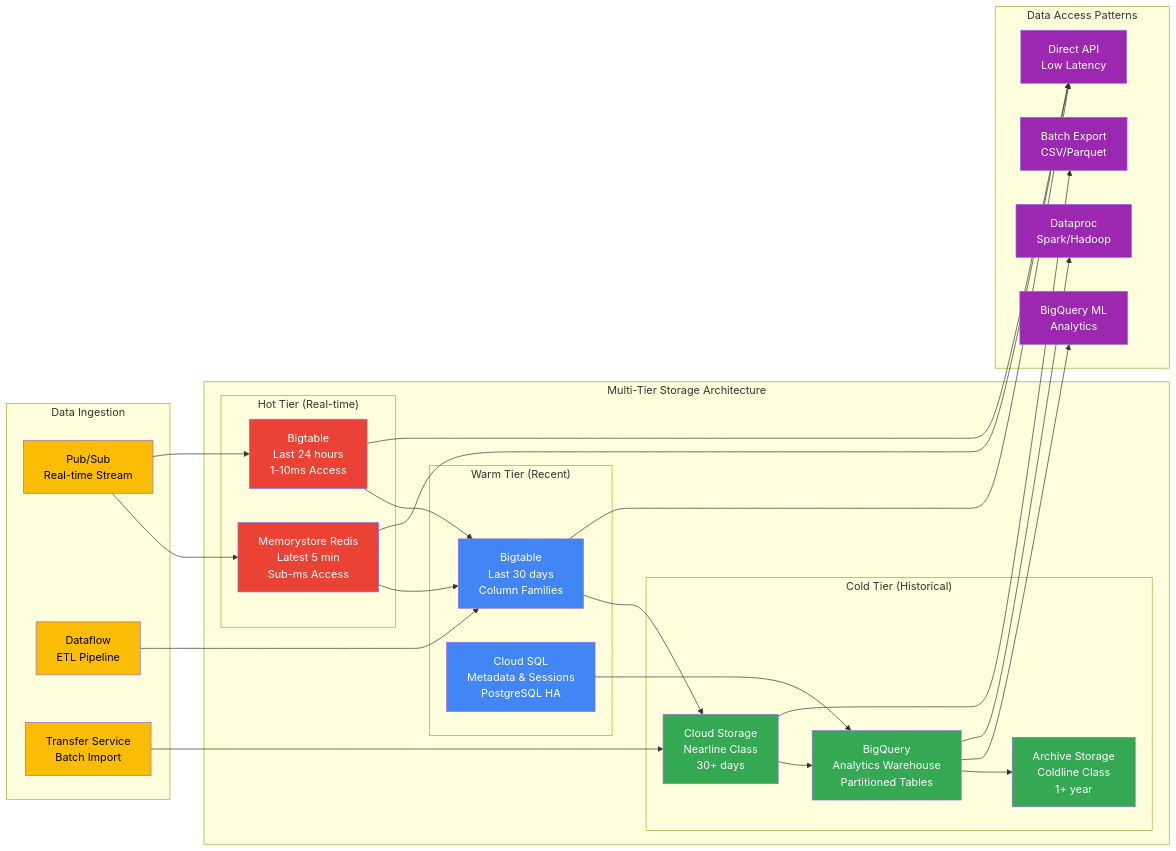
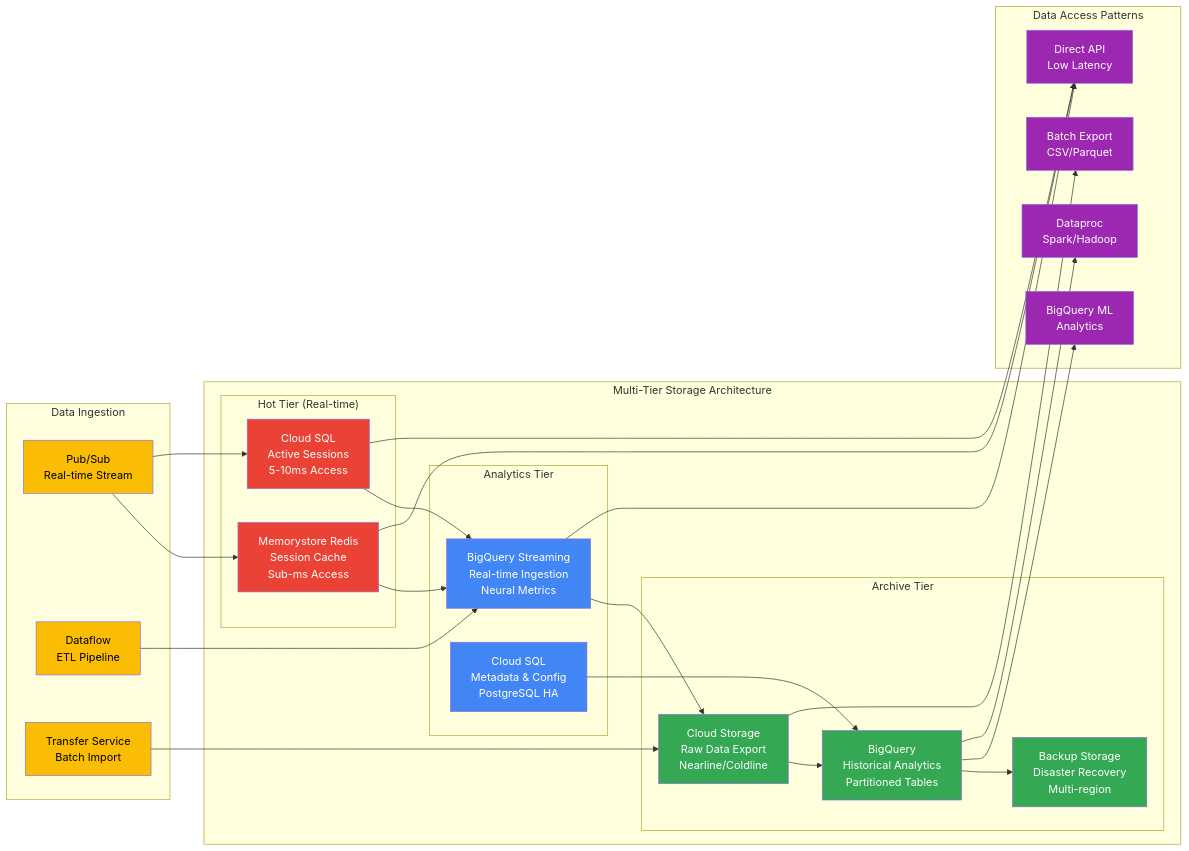
Before and after one commit to identity-wael/neurascale: the seventh of 15 diagrams in docs-nextra/src/content/architecture.mdx, drawn with Mermaid. The commit also changed other lines of this file and 1 other file, not shown here.

First paragraph of the commit message:
docs(infrastructure): Document actual GCP infrastructure and deployment processes
This commit adds comprehensive documentation of the actual infrastructure:

````diff
--- a/docs-nextra/src/content/architecture.mdx
+++ b/docs-nextra/src/content/architecture.mdx
@@ -532,67 +532,67 @@
 ```mermaid
 graph LR
     subgraph "Data Ingestion"
         IN1[Pub/Sub<br/>Real-time Stream]
         IN2[Dataflow<br/>ETL Pipeline]
         IN3[Transfer Service<br/>Batch Import]
     end
 
     subgraph "Multi-Tier Storage Architecture"
         subgraph "Hot Tier (Real-time)"
-            H1[Memorystore Redis<br/>Latest 5 min<br/>Sub-ms Access]
-            H2[Bigtable<br/>Last 24 hours<br/>1-10ms Access]
+            H1[Memorystore Redis<br/>Session Cache<br/>Sub-ms Access]
+            H2[Cloud SQL<br/>Active Sessions<br/>5-10ms Access]
         end
 
-        subgraph "Warm Tier (Recent)"
-            W1[Bigtable<br/>Last 30 days<br/>Column Families]
-            W2[Cloud SQL<br/>Metadata & Sessions<br/>PostgreSQL HA]
+        subgraph "Analytics Tier"
+            W1[BigQuery Streaming<br/>Real-time Ingestion<br/>Neural Metrics]
+            W2[Cloud SQL<br/>Metadata & Config<br/>PostgreSQL HA]
         end
 
-        subgraph "Cold Tier (Historical)"
-            C1[Cloud Storage<br/>Nearline Class<br/>30+ days]
-            C2[BigQuery<br/>Analytics Warehouse<br/>Partitioned Tables]
-            C3[Archive Storage<br/>Coldline Class<br/>1+ year]
+        subgraph "Archive Tier"
+            C1[Cloud Storage<br/>Raw Data Export<br/>Nearline/Coldline]
+            C2[BigQuery<br/>Historical Analytics<br/>Partitioned Tables]
+            C3[Backup Storage<br/>Disaster Recovery<br/>Multi-region]
         end
     end
 
     subgraph "Data Access Patterns"
         AP1[Direct API<br/>Low Latency]
         AP2[Batch Export<br/>CSV/Parquet]
         AP3[BigQuery ML<br/>Analytics]
         AP4[Dataproc<br/>Spark/Hadoop]
     end
 
     IN1 --> H1
     IN1 --> H2
     IN2 --> W1
     IN3 --> C1
 
     H1 --> W1
     H2 --> W1
     W1 --> C1
     W2 --> C2
     C1 --> C2
     C2 --> C3
 
     H1 --> AP1
     H2 --> AP1
     W1 --> AP1
     C2 --> AP3
     C1 --> AP2
     C2 --> AP4
 
     style IN1 fill:#fbbc04,color:#000000
     style IN2 fill:#fbbc04,color:#000000
     style IN3 fill:#fbbc04,color:#000000
     style H1 fill:#ea4335,color:#ffffff
     style H2 fill:#ea4335,color:#ffffff
     style W1 fill:#4285f4,color:#ffffff
     style W2 fill:#4285f4,color:#ffffff
     style C1 fill:#34a853,color:#ffffff
     style C2 fill:#34a853,color:#ffffff
     style C3 fill:#34a853,color:#ffffff
     style AP1 fill:#9c27b0,color:#ffffff
     style AP2 fill:#9c27b0,color:#ffffff
     style AP3 fill:#9c27b0,color:#ffffff
     style AP4 fill:#9c27b0,color:#ffffff
 ```
````
